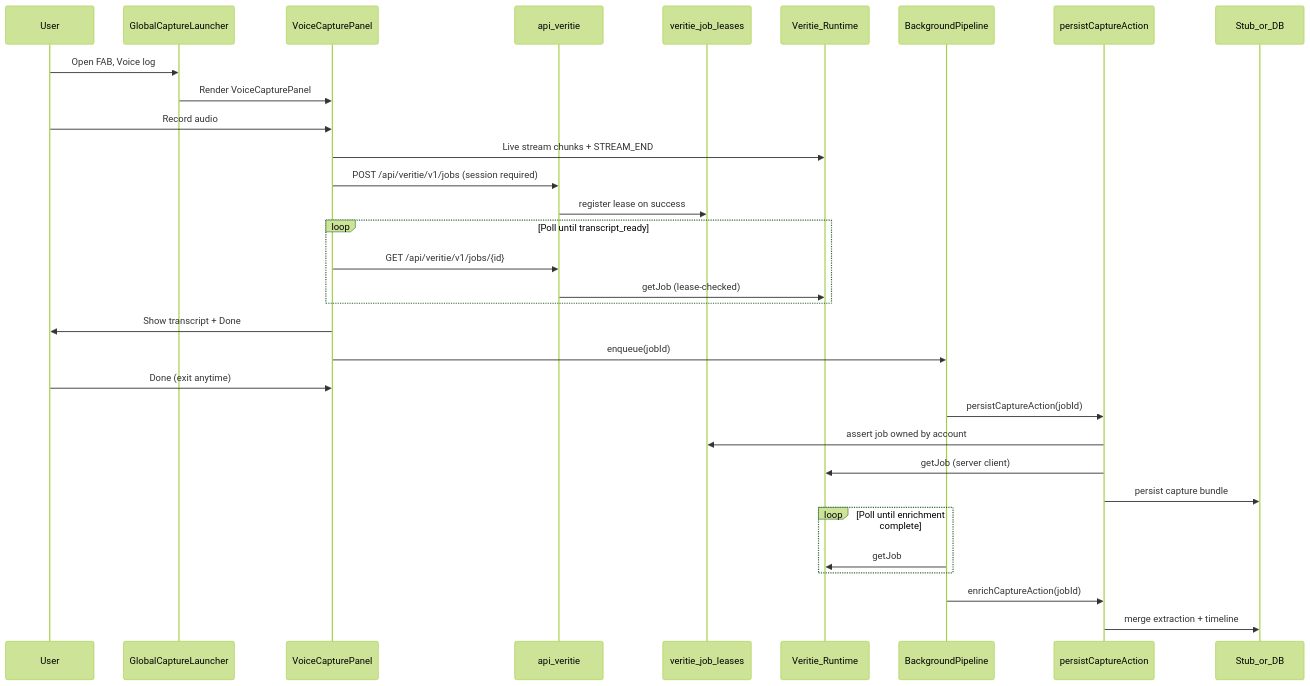
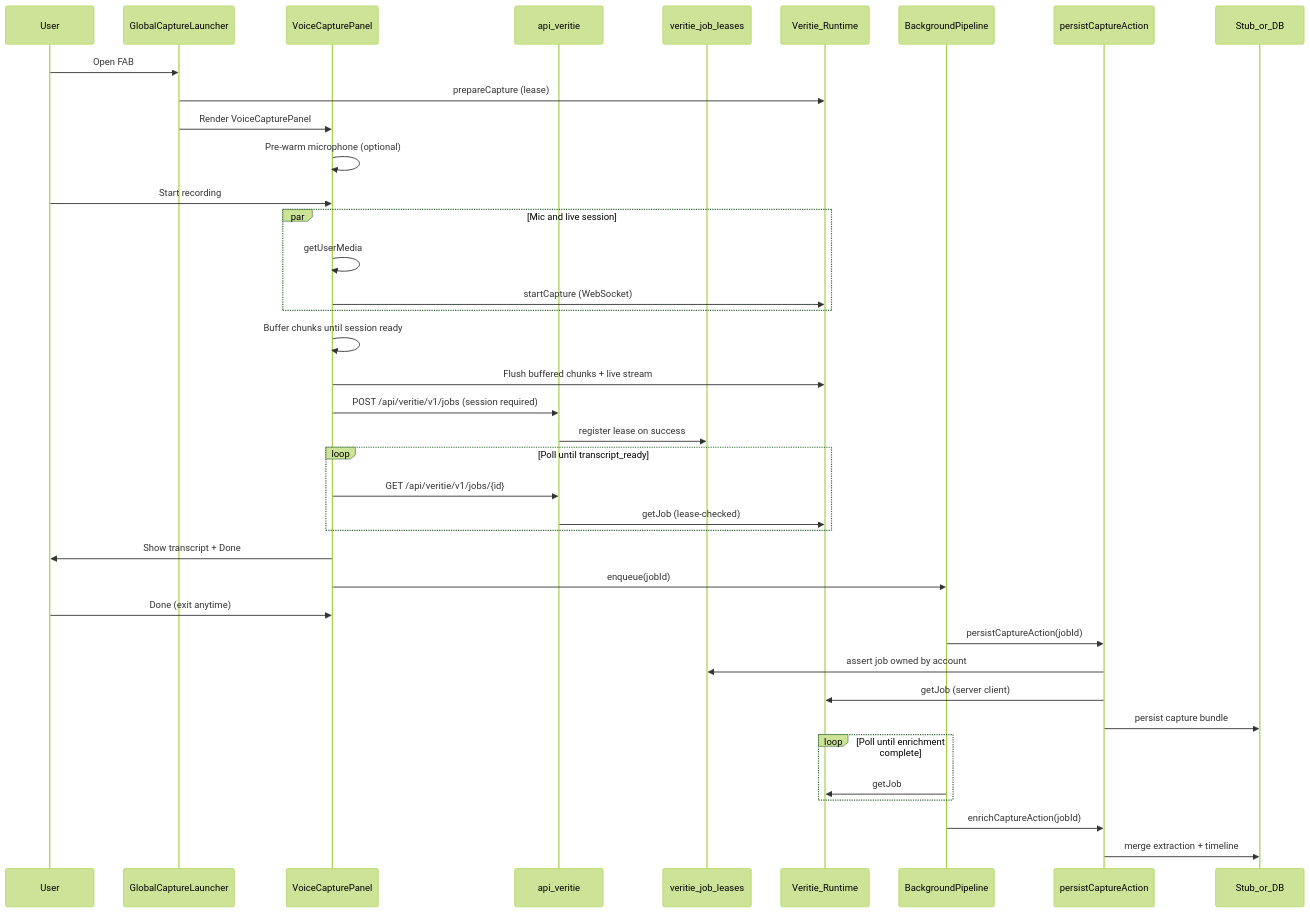
Before and after one commit to KoJaco/veritie-personal: the diagram in docs/architecture/capture-flow.md, drawn with Mermaid (forest theme). The commit also changed other lines of this file, not shown here.

Commit message:
docs(capture): document early lease prep and parallel record flow
Update the capture sequence diagram for FAB-time lease prep, mic pre-warm,
parallel session open, and client chunk buffering.

````diff
--- a/docs/architecture/capture-flow.md
+++ b/docs/architecture/capture-flow.md
@@ -7,35 +7,42 @@
 ```mermaid
 sequenceDiagram
     participant User
     participant Launcher as GlobalCaptureLauncher
     participant Panel as VoiceCapturePanel
     participant Proxy as api_veritie
     participant Leases as veritie_job_leases
     participant Veritie as Veritie_Runtime
     participant BG as BackgroundPipeline
     participant Action as persistCaptureAction
     participant Store as Stub_or_DB
 
-    User->>Launcher: Open FAB, Voice log
+    User->>Launcher: Open FAB
+    Launcher->>Veritie: prepareCapture (lease)
     Launcher->>Panel: Render VoiceCapturePanel
-    User->>Panel: Record audio
-    Panel->>Veritie: Live stream chunks + STREAM_END
+    Panel->>Panel: Pre-warm microphone (optional)
+    User->>Panel: Start recording
+    par Mic and live session
+        Panel->>Panel: getUserMedia
+        Panel->>Veritie: startCapture (WebSocket)
+    end
+    Panel->>Panel: Buffer chunks until session ready
+    Panel->>Veritie: Flush buffered chunks + live stream
     Panel->>Proxy: POST /api/veritie/v1/jobs (session required)
     Proxy->>Leases: register lease on success
   loop Poll until transcript_ready
         Panel->>Proxy: GET /api/veritie/v1/jobs/{id}
         Proxy->>Veritie: getJob (lease-checked)
     end
     Panel->>User: Show transcript + Done
     Panel->>BG: enqueue(jobId)
     User->>Panel: Done (exit anytime)
     BG->>Action: persistCaptureAction(jobId)
     Action->>Leases: assert job owned by account
     Action->>Veritie: getJob (server client)
     Action->>Store: persist capture bundle
     loop Poll until enrichment complete
         BG->>Veritie: getJob
     end
     BG->>Action: enrichCaptureAction(jobId)
     Action->>Store: merge extraction + timeline
 ```
````
